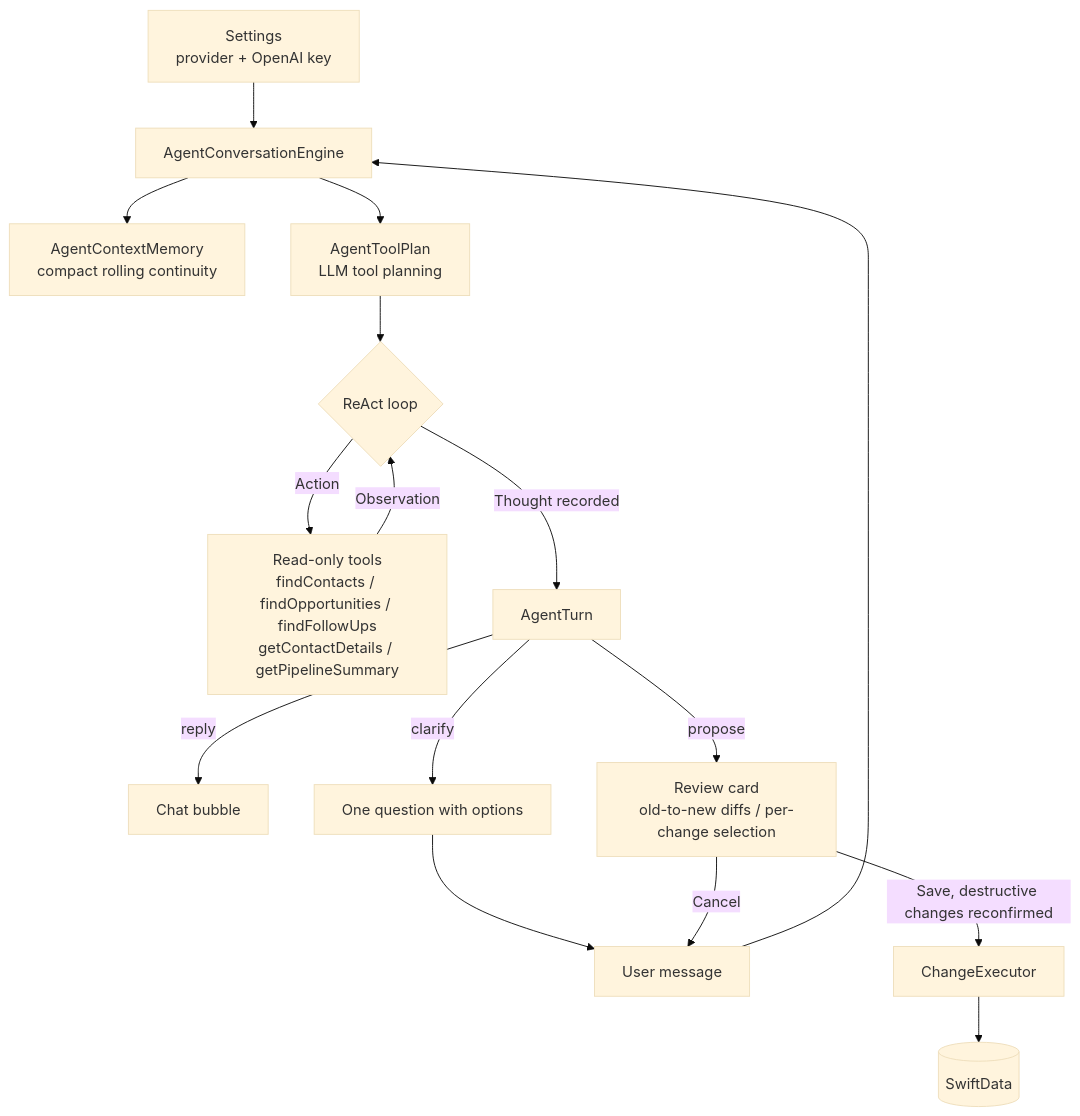
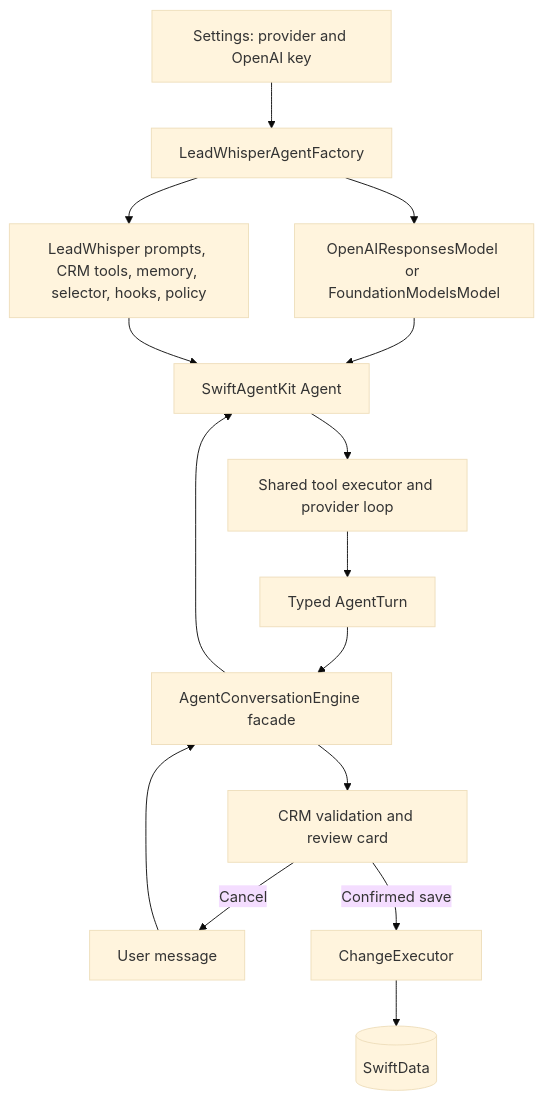
One commit to phillippbertram/LeadWhisper-AI-iOS changed the diagram in README.md. Above: the diagram before and after it, drawn with Mermaid (base theme). The commit also changed other lines of this file and 25 other files, not shown here.

First line of the commit message:
feat: add provider-neutral Swift agent SDK

````diff
--- a/README.md
+++ b/README.md
@@ -130,18 +130,17 @@
 ```mermaid
 flowchart TD
-    S[Settings<br/>provider + OpenAI key] --> E[AgentConversationEngine]
-    U[User message] --> E
-    E --> M[AgentContextMemory<br/>compact rolling continuity]
-    E --> P[AgentToolPlan<br/>LLM tool planning]
-    P --> R{ReAct loop}
-    R -->|Action| T[Read-only tools<br/>findContacts / findOpportunities / findFollowUps<br/>getContactDetails / getPipelineSummary]
-    T -->|Observation| R
-    R -->|Thought recorded| A[AgentTurn]
-    A -->|reply| C[Chat bubble]
-    A -->|clarify| Q[One question with options]
-    A -->|propose| V[Review card<br/>old-to-new diffs / per-change selection]
-    Q --> U
-    V -->|Cancel| U
-    V -->|Save, destructive changes reconfirmed| X[ChangeExecutor]
+    S["Settings: provider and OpenAI key"] --> F["LeadWhisperAgentFactory"]
+    F --> M["OpenAIResponsesModel or FoundationModelsModel"]
+    F --> C["LeadWhisper prompts, CRM tools, memory, selector, hooks, policy"]
+    U["User message"] --> E["AgentConversationEngine facade"]
+    E --> A["SwiftAgentKit Agent<AgentTurn>"]
+    M --> A
+    C --> A
+    A --> T["Shared tool executor and provider loop"]
+    T --> R["Typed AgentTurn"]
+    R --> E
+    E --> V["CRM validation and review card"]
+    V -->|"Cancel"| U
+    V -->|"Confirmed save"| X["ChangeExecutor"]
     X --> D[(SwiftData)]
 ```
````
